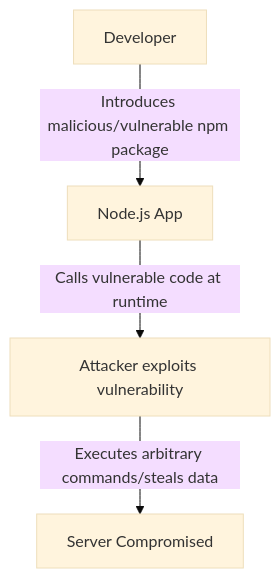
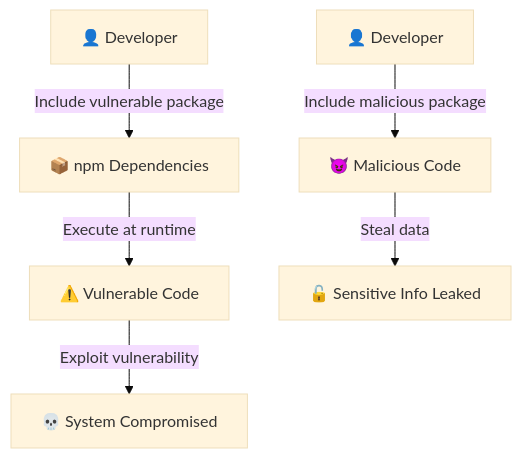
One commit to zhangshichuan/maxzhang.site changed the eighth of 14 diagrams in articles/en/nodejs-security-guide.mdx. Above: the diagram before and after it, drawn with Mermaid (base theme). The commit also changed other lines of this file and 1 other file, not shown here.

````diff
--- a/articles/en/nodejs-security-guide.mdx
+++ b/articles/en/nodejs-security-guide.mdx
@@ -239,6 +833,9 @@
 ```mermaid
 flowchart TD
-    A[Developer] -->|Introduces malicious/vulnerable npm package| B[Node.js App]
-    B -->|Calls vulnerable code at runtime| C[Attacker exploits vulnerability]
-    C -->|Executes arbitrary commands/steals data| D[Server Compromised]
+    A[👤 Developer] -->|Include vulnerable package| B[📦 npm Dependencies]
+    B -->|Execute at runtime| C[⚠️ Vulnerable Code]
+    C -->|Exploit vulnerability| D[💀 System Compromised]
+
+    A2[👤 Developer] -->|Include malicious package| E[😈 Malicious Code]
+    E -->|Steal data| F[🔓 Sensitive Info Leaked]
 ```
````
